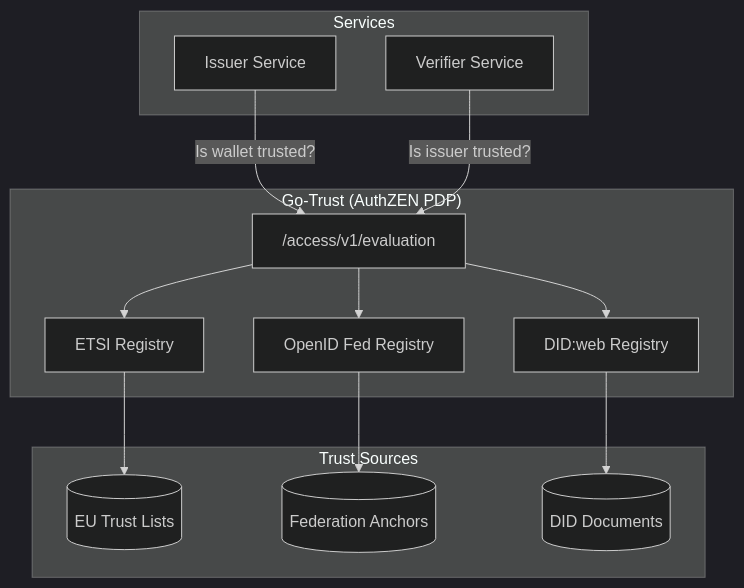
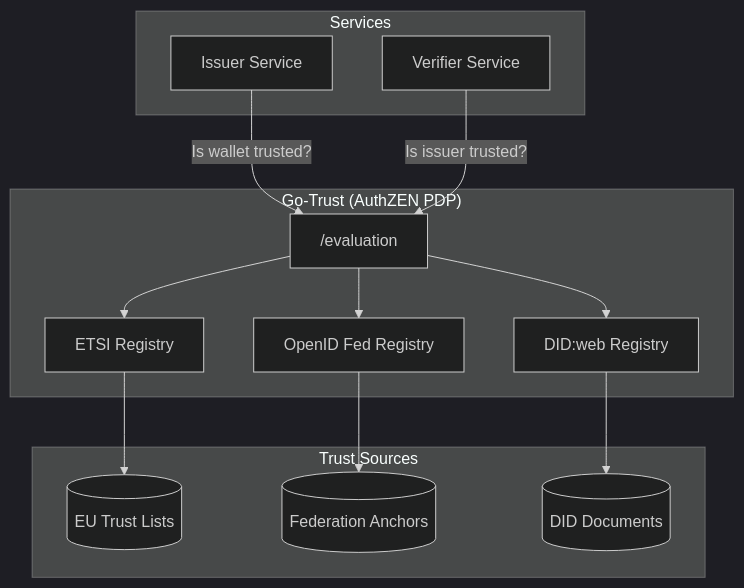
Before and after one commit to sirosfoundation/docs: the first of 4 diagrams in docs/sirosid/integrations/trust/index.md, drawn with Mermaid (dark theme). The commit also changed 2 other files, not shown here.

Commit message:
docs: add admin API documentation for wallet backend
- Add comprehensive admin API documentation (sirosid/integrations/admin-api.md)
  covering tenant, user, issuer, and verifier management
- Include code examples and security considerations
- Fix AuthZEN endpoint paths in trust documentation

````diff
--- a/docs/sirosid/integrations/trust/index.md
+++ b/docs/sirosid/integrations/trust/index.md
@@ -26,31 +26,31 @@
 ```mermaid
 flowchart TD
     subgraph Services
         Issuer[Issuer Service]
         Verifier[Verifier Service]
     end
     
     subgraph "Go-Trust (AuthZEN PDP)"
-        API["/access/v1/evaluation"]
+        API["/evaluation"]
         ETSI[ETSI Registry]
         OIDF[OpenID Fed Registry]
         DID[DID:web Registry]
     end
     
     subgraph "Trust Sources"
         TSL[(EU Trust Lists)]
         Fed[(Federation Anchors)]
         Web[(DID Documents)]
     end
     
     Issuer -->|"Is wallet trusted?"| API
     Verifier -->|"Is issuer trusted?"| API
     
     API --> ETSI
     API --> OIDF
     API --> DID
     
     ETSI --> TSL
     OIDF --> Fed
     DID --> Web
 ```
````
